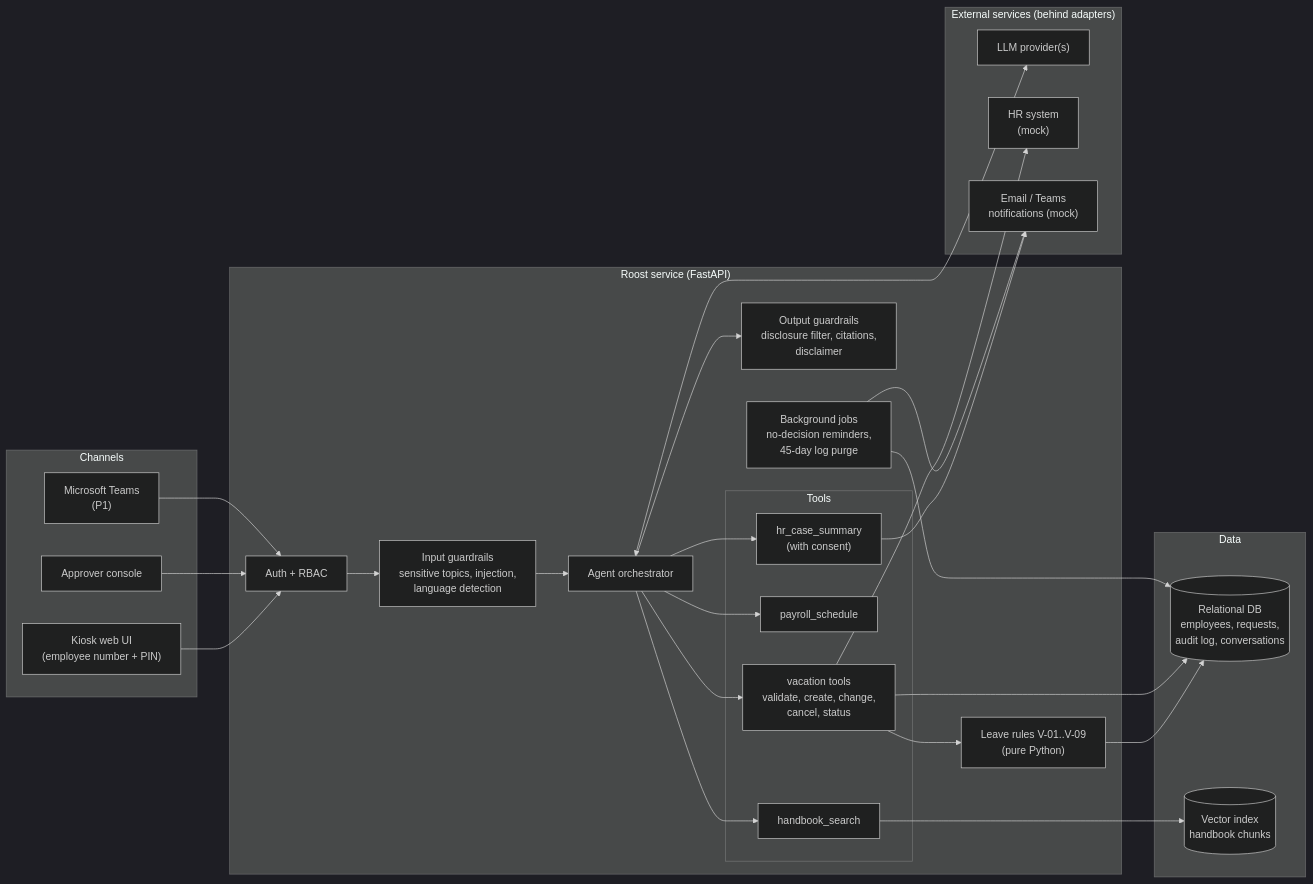
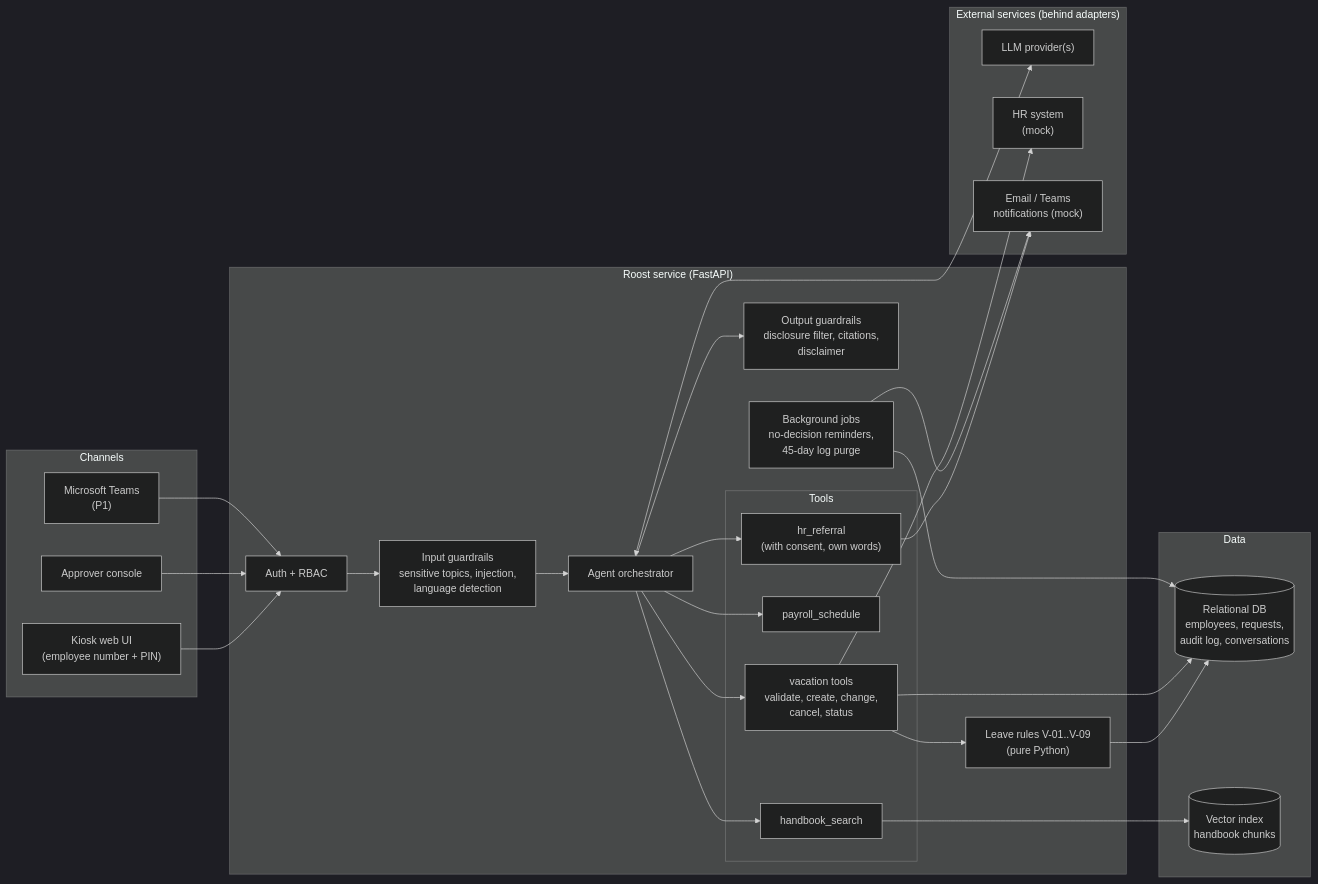
One commit to pranitdeshpande98/roost-hr-assistant changed the first of 2 diagrams in docs/02-architecture.md. Above: the diagram before and after it, drawn with Mermaid (dark theme). The commit also changed 4 other files, not shown here.

````diff
--- a/docs/02-architecture.md
+++ b/docs/02-architecture.md
@@ -17,51 +17,51 @@
 ```mermaid
 flowchart LR
     subgraph Channels
         K["Kiosk web UI<br/>(employee number + PIN)"]
         A["Approver console"]
         T["Microsoft Teams<br/>(P1)"]
     end
 
     subgraph Service["Roost service (FastAPI)"]
         AUTH["Auth + RBAC"]
         GIN["Input guardrails<br/>sensitive topics, injection,<br/>language detection"]
         AGENT["Agent orchestrator"]
         GOUT["Output guardrails<br/>disclosure filter, citations,<br/>disclaimer"]
 
         subgraph Tools
             SEARCH["handbook_search"]
             PAY["payroll_schedule"]
             LEAVE["vacation tools<br/>validate, create, change,<br/>cancel, status"]
-            CASE["hr_case_summary<br/>(with consent)"]
+            CASE["hr_referral<br/>(with consent, own words)"]
         end
 
         RULES["Leave rules V-01..V-09<br/>(pure Python)"]
         JOBS["Background jobs<br/>no-decision reminders,<br/>45-day log purge"]
     end
 
     subgraph Data
         DB[("Relational DB<br/>employees, requests,<br/>audit log, conversations")]
         VS[("Vector index<br/>handbook chunks")]
     end
 
     subgraph External["External services (behind adapters)"]
         LLM["LLM provider(s)"]
         HRIS["HR system<br/>(mock)"]
         NOTIFY["Email / Teams<br/>notifications (mock)"]
     end
 
     K --> AUTH
     A --> AUTH
     T --> AUTH
     AUTH --> GIN --> AGENT --> GOUT
     AGENT <--> LLM
     AGENT --> SEARCH & PAY & LEAVE & CASE
     SEARCH --> VS
     LEAVE --> RULES
     LEAVE --> HRIS
     RULES --> DB
     LEAVE --> DB
     CASE --> NOTIFY
     JOBS --> DB
     JOBS --> NOTIFY
 ```
````
